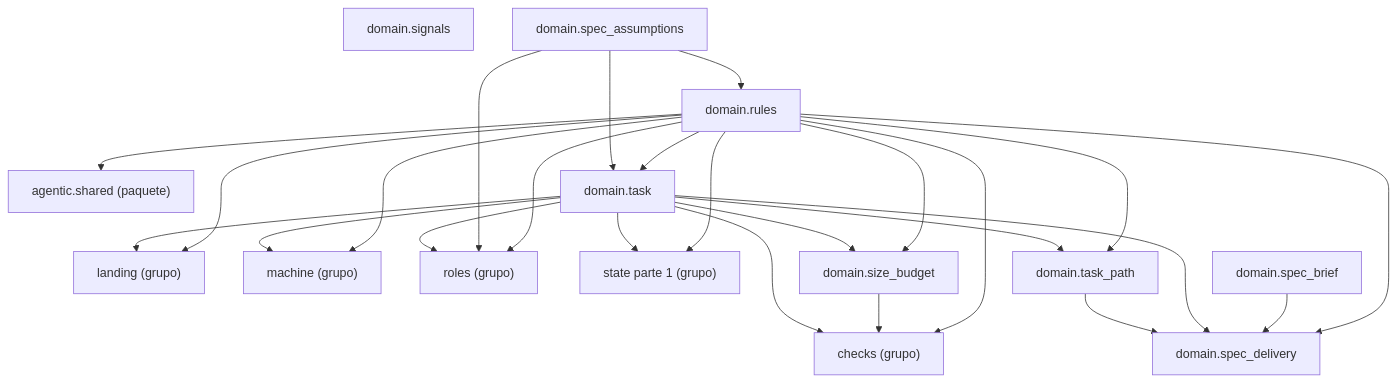
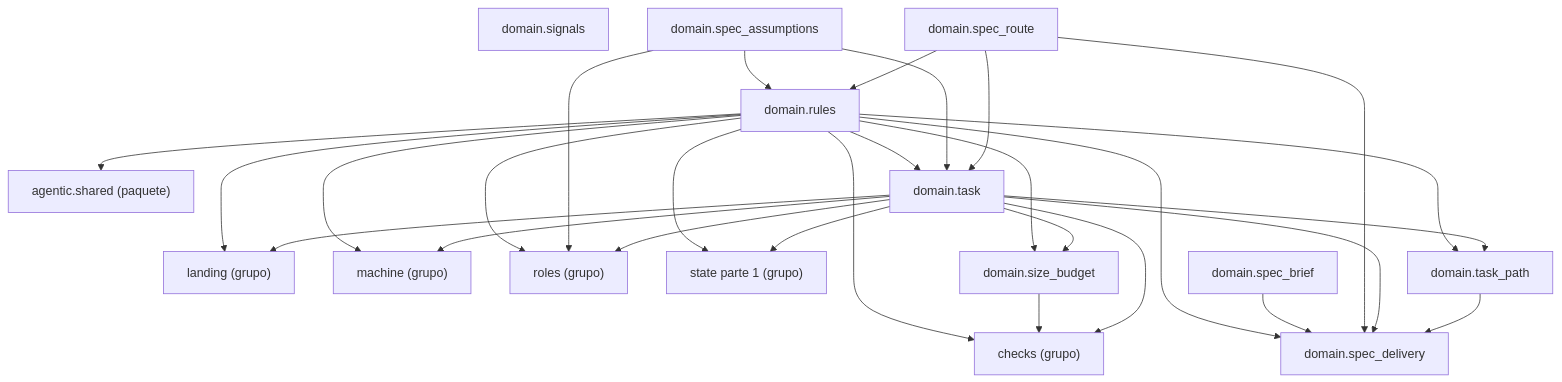
The diagram in docs/architecture/generated/packages-process-domain-state-2.md (GonzaloZevallos/agentic-system), drawn with Mermaid before and after one commit. The commit also changed 26 other files, not shown here.

First line of the commit message:
Add the unwired spec seam: SpecValidator port, spec_refusal key and route helpers

````diff
--- a/docs/architecture/generated/packages-process-domain-state-2.md
+++ b/docs/architecture/generated/packages-process-domain-state-2.md
@@ -12,41 +12,45 @@
 ```mermaid
 graph TD
     g_domain__checks["checks (grupo)"]
     g_domain__landing["landing (grupo)"]
     g_domain__machine["machine (grupo)"]
     g_domain__roles["roles (grupo)"]
     g_domain__state__1["state parte 1 (grupo)"]
     g_pkg__agentic__shared["agentic.shared (paquete)"]
     m_domain__rules["domain.rules"]
     m_domain__signals["domain.signals"]
     m_domain__size_budget["domain.size_budget"]
     m_domain__spec_assumptions["domain.spec_assumptions"]
     m_domain__spec_brief["domain.spec_brief"]
     m_domain__spec_delivery["domain.spec_delivery"]
+    m_domain__spec_route["domain.spec_route"]
     m_domain__task["domain.task"]
     m_domain__task_path["domain.task_path"]
     m_domain__rules --> g_domain__checks
     m_domain__rules --> g_domain__landing
     m_domain__rules --> g_domain__machine
     m_domain__rules --> g_domain__roles
     m_domain__rules --> g_domain__state__1
     m_domain__rules --> g_pkg__agentic__shared
     m_domain__rules --> m_domain__size_budget
     m_domain__rules --> m_domain__spec_delivery
     m_domain__rules --> m_domain__task
     m_domain__rules --> m_domain__task_path
     m_domain__size_budget --> g_domain__checks
     m_domain__spec_assumptions --> g_domain__roles
     m_domain__spec_assumptions --> m_domain__rules
     m_domain__spec_assumptions --> m_domain__task
     m_domain__spec_brief --> m_domain__spec_delivery
+    m_domain__spec_route --> m_domain__rules
+    m_domain__spec_route --> m_domain__spec_delivery
+    m_domain__spec_route --> m_domain__task
     m_domain__task --> g_domain__checks
     m_domain__task --> g_domain__landing
     m_domain__task --> g_domain__machine
     m_domain__task --> g_domain__roles
     m_domain__task --> g_domain__state__1
     m_domain__task --> m_domain__size_budget
     m_domain__task --> m_domain__spec_delivery
     m_domain__task --> m_domain__task_path
     m_domain__task_path --> m_domain__spec_delivery
 ```
````
